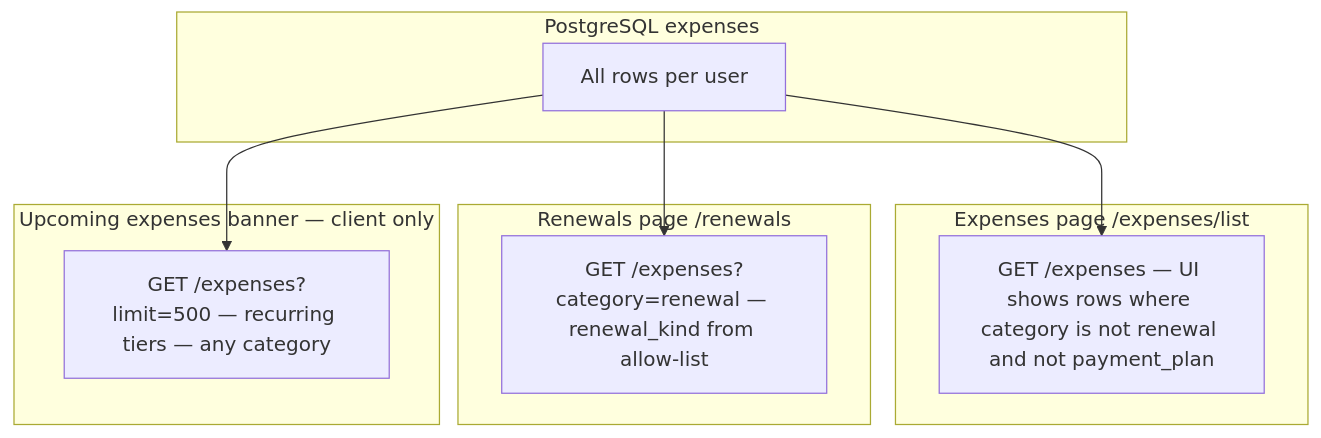
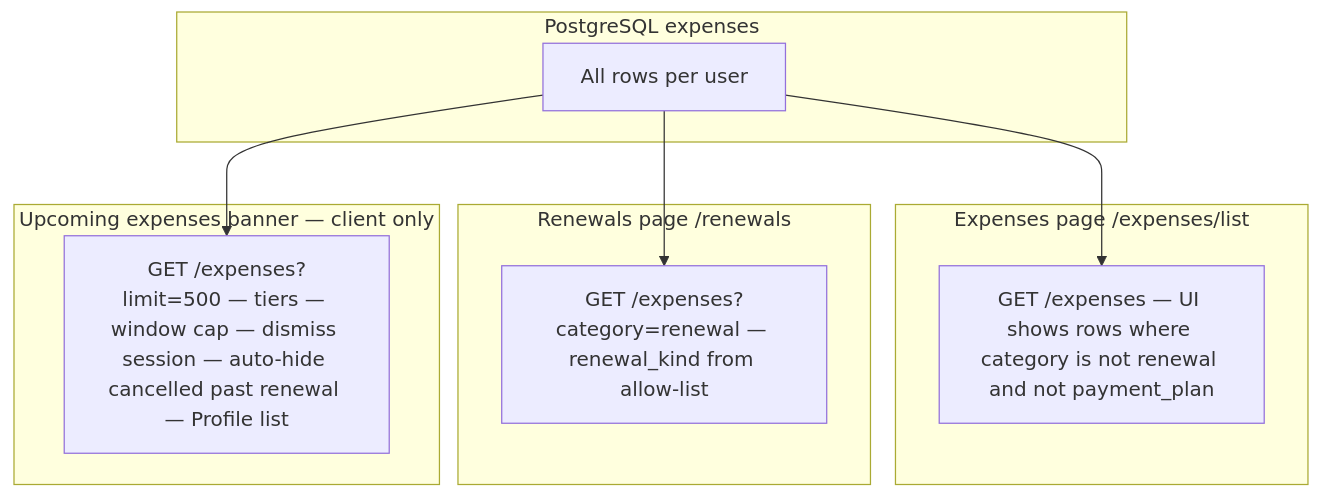
Before and after one commit to becomeonewiththecode/expense_tracker: diagram 13 of 19 in docs/ARCHITECTURE_DIAGRAM.md, drawn with Mermaid. The commit also changed other lines of this file and 9 other files, not shown here.

First line of the commit message:
feat: streaming category, renewal auto-hide, and reminder UX

````diff
--- a/docs/ARCHITECTURE_DIAGRAM.md
+++ b/docs/ARCHITECTURE_DIAGRAM.md
@@ -451,18 +453,18 @@
 ```mermaid
 flowchart TB
   subgraph data [PostgreSQL expenses]
     E["All rows per user"]
   end
   subgraph expList [Expenses page /expenses/list]
     L["GET /expenses — UI shows rows where category is not renewal and not payment_plan"]
   end
   subgraph page [Renewals page /renewals]
     R["GET /expenses?category=renewal — renewal_kind from allow-list"]
   end
   subgraph banner [Upcoming expenses banner — client only]
-    U["GET /expenses?limit=500 — recurring tiers — any category"]
+    U["GET /expenses?limit=500 — tiers — window cap — dismiss session — auto-hide cancelled past renewal — Profile list"]
   end
   E --> L
   E --> R
   E --> U
 ```
````
